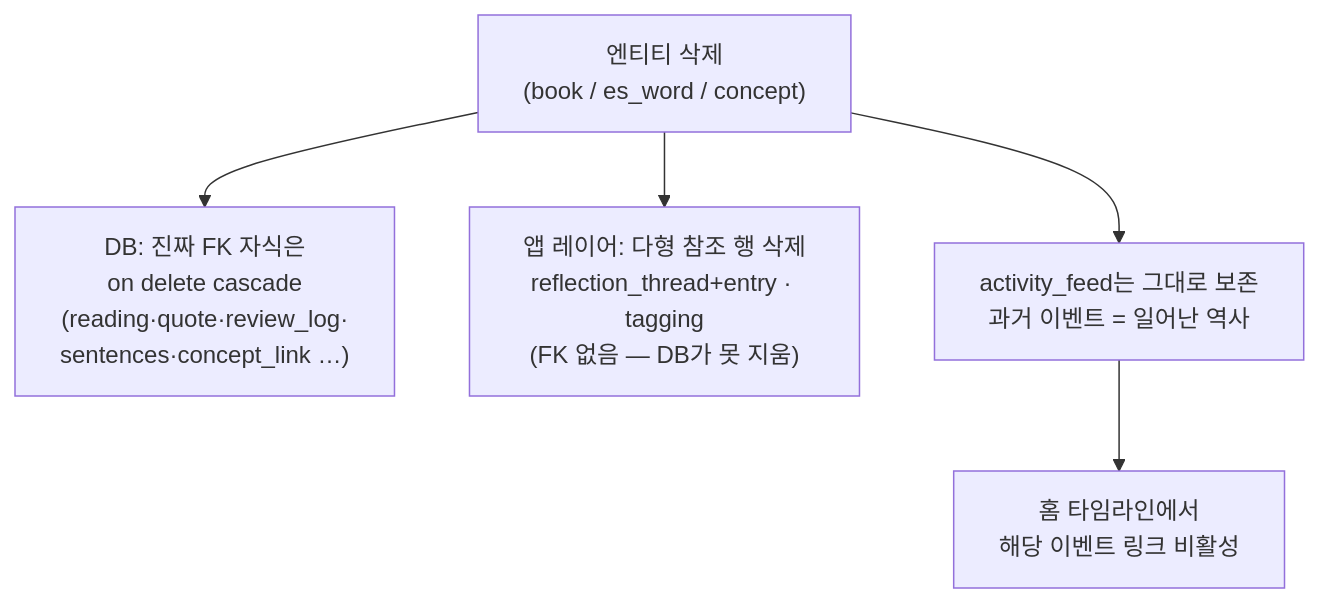
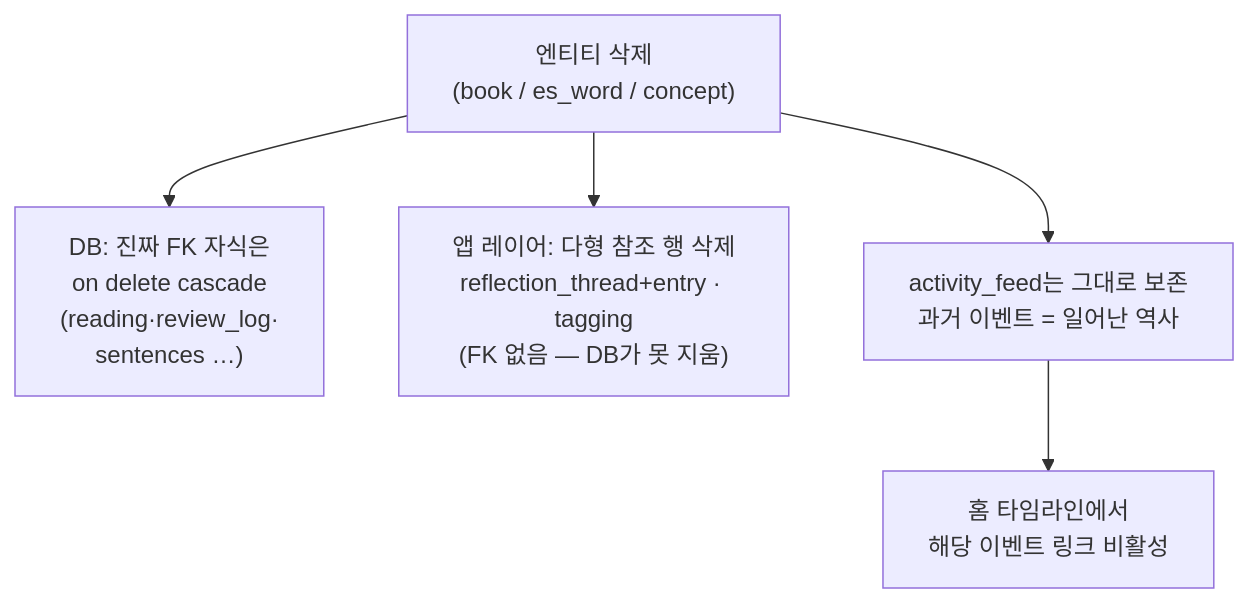
Before and after one commit to LeeSongHeon-LSH/LSHobby: the seventh of 7 diagrams in docs/14-flows.md, drawn with Mermaid. The commit also changed other lines of this file and 12 other files, not shown here.

````diff
--- a/docs/14-flows.md
+++ b/docs/14-flows.md
@@ -113,7 +112,7 @@
 ```mermaid
 flowchart TD
-    A["엔티티 삭제<br/>(book / es_word / concept)"] --> B["DB: 진짜 FK 자식은<br/>on delete cascade<br/>(reading·quote·review_log·<br/>sentences·concept_link …)"]
+    A["엔티티 삭제<br/>(book / es_word / concept)"] --> B["DB: 진짜 FK 자식은<br/>on delete cascade<br/>(reading·review_log·<br/>sentences …)"]
     A --> C["앱 레이어: 다형 참조 행 삭제<br/>reflection_thread+entry · tagging<br/>(FK 없음 — DB가 못 지움)"]
     A --> D["activity_feed는 그대로 보존<br/>과거 이벤트 = 일어난 역사"]
     D --> E["홈 타임라인에서<br/>해당 이벤트 링크 비활성"]
 ```
````
